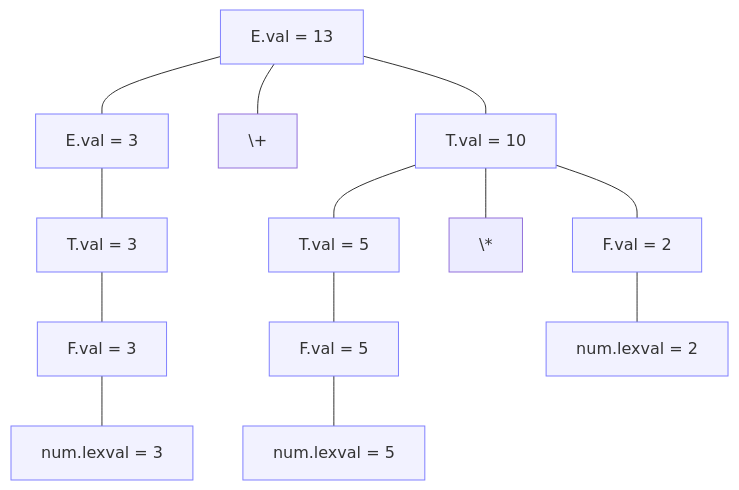
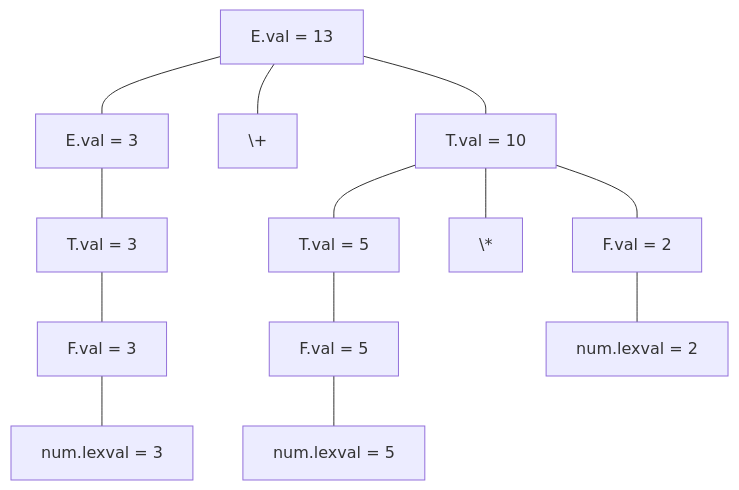
The diagram in public/notes/01_藏经阁（知识库）/格物院（课程与学科）/编译原理/04_语义分析/综合属性.md (Singularity-Ye/Blog-pro), drawn with Mermaid before and after one commit. The commit also changed 6 other files, not shown here.

Commit message:
style(flowchart): synchronize notes and remove classDef configurations from compiled notes

````diff
--- a/public/notes/01_藏经阁（知识库）/格物院（课程与学科）/编译原理/04_语义分析/综合属性.md
+++ b/public/notes/01_藏经阁（知识库）/格物院（课程与学科）/编译原理/04_语义分析/综合属性.md
@@ -87,22 +87,19 @@
 ```mermaid
 flowchart TD
     E["E.val = 13"] --- E2["E.val = 3"]
     E --- plus["\+"]
     E --- T["T.val = 10"]
 
     E2 --- T2["T.val = 3"]
     T2 --- F2["F.val = 3"]
     F2 --- num2["num.lexval = 3"]
 
     T --- T3["T.val = 5"]
     T --- mul["\*"]
     T --- F3["F.val = 2"]
 
     T3 --- F4["F.val = 5"]
     F4 --- num4["num.lexval = 5"]
 
     F3 --- num3["num.lexval = 2"]
-
-    classDef val fill:#f2f2ff,stroke:#8080ff,stroke-width:1px;
-    class E,E2,T,T2,F2,T3,F4,F3,num2,num4,num3 val;
 ```
````
